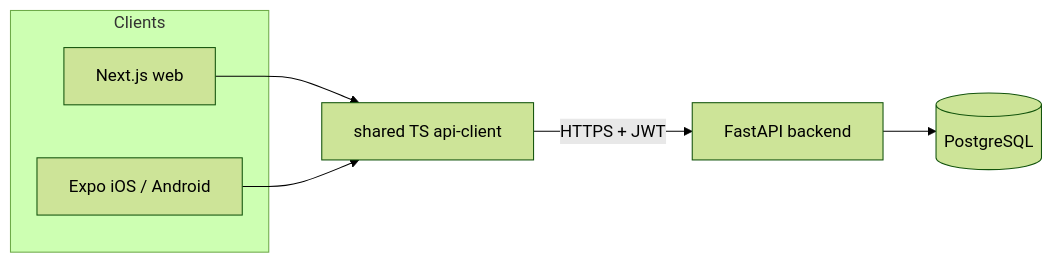
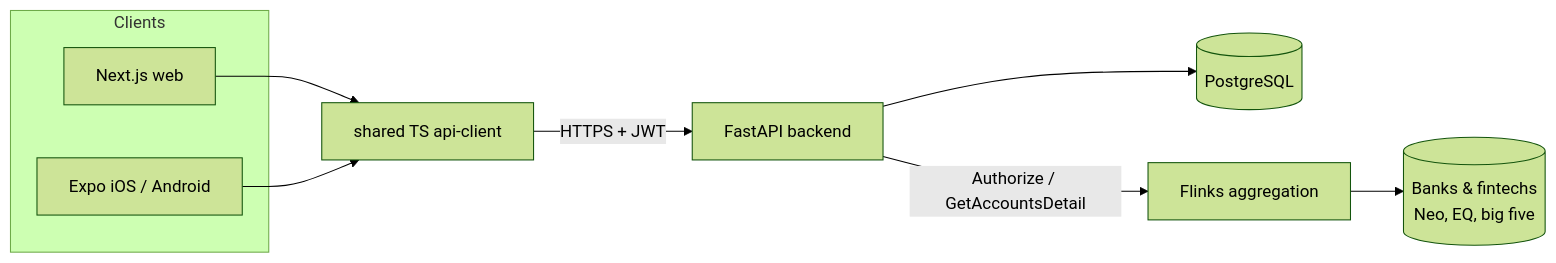
One commit to anirudh-devanand/ai-enabled-budget-er changed the diagram in README.md. Above: the diagram before and after it, drawn with Mermaid (forest theme). The commit also changed other lines of this file and 19 other files, not shown here.

````diff
--- a/README.md
+++ b/README.md
@@ -22,15 +26,19 @@
 ```mermaid
 flowchart LR
     subgraph clients [Clients]
         web[Next.js web]
         mobile[Expo iOS / Android]
     end
     client[shared TS api-client]
     api[FastAPI backend]
     pg[(PostgreSQL)]
+    flinks[Flinks aggregation]
+    banks[(Banks & fintechs<br/>Neo, EQ, big five)]
 
     web --> client
     mobile --> client
     client -->|HTTPS + JWT| api
     api --> pg
+    api -->|Authorize / GetAccountsDetail| flinks
+    flinks --> banks
 ```
````
